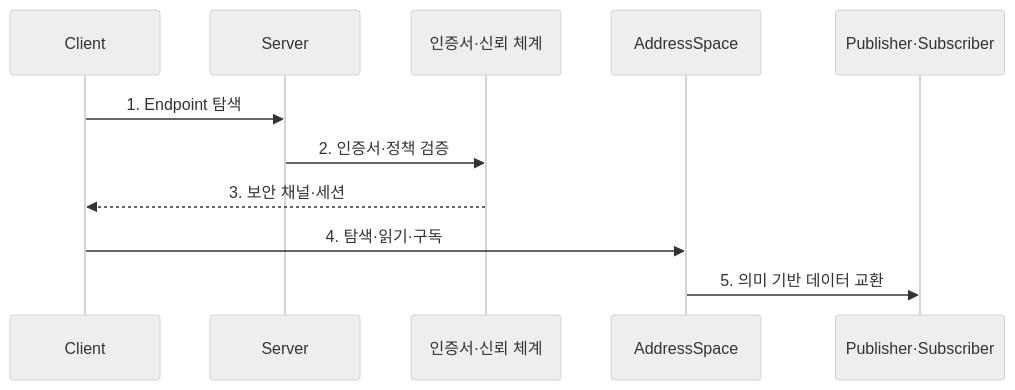
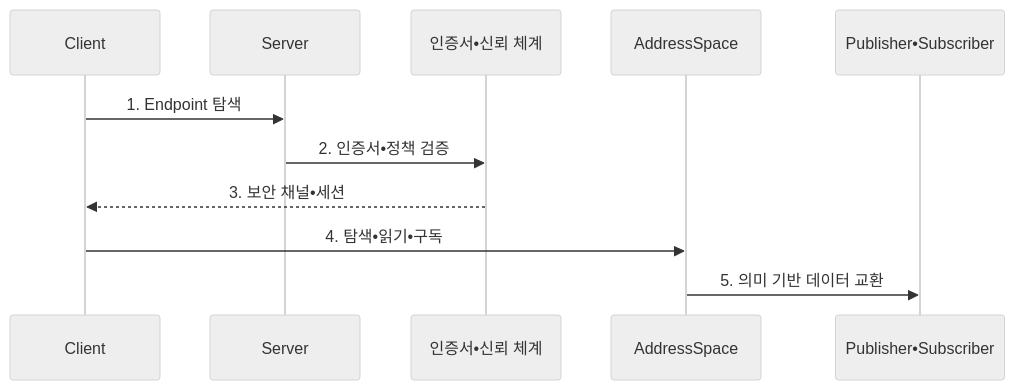
The second of 2 diagrams in src/content/docs/notes/08-latest-tech/202_opc_unified_architecture.md (agnusdei1207/knowledge-base), drawn with Mermaid (neutral theme) before and after one commit. The commit also changed other lines of this file and 953 other files, not shown here.

````diff
--- a/src/content/docs/notes/08-latest-tech/202_opc_unified_architecture.md
+++ b/src/content/docs/notes/08-latest-tech/202_opc_unified_architecture.md
@@ -101,13 +101,13 @@
 ```mermaid
 sequenceDiagram
   participant C as Client
   participant S as Server
-  participant T as 인증서·신뢰 체계
+  participant T as 인증서•신뢰 체계
   participant A as AddressSpace
-  participant P as Publisher·Subscriber
+  participant P as Publisher•Subscriber
   C->>S: 1. Endpoint 탐색
-  S->>T: 2. 인증서·정책 검증
-  T-->>C: 3. 보안 채널·세션
-  C->>A: 4. 탐색·읽기·구독
+  S->>T: 2. 인증서•정책 검증
+  T-->>C: 3. 보안 채널•세션
+  C->>A: 4. 탐색•읽기•구독
   A->>P: 5. 의미 기반 데이터 교환
 ```
````
